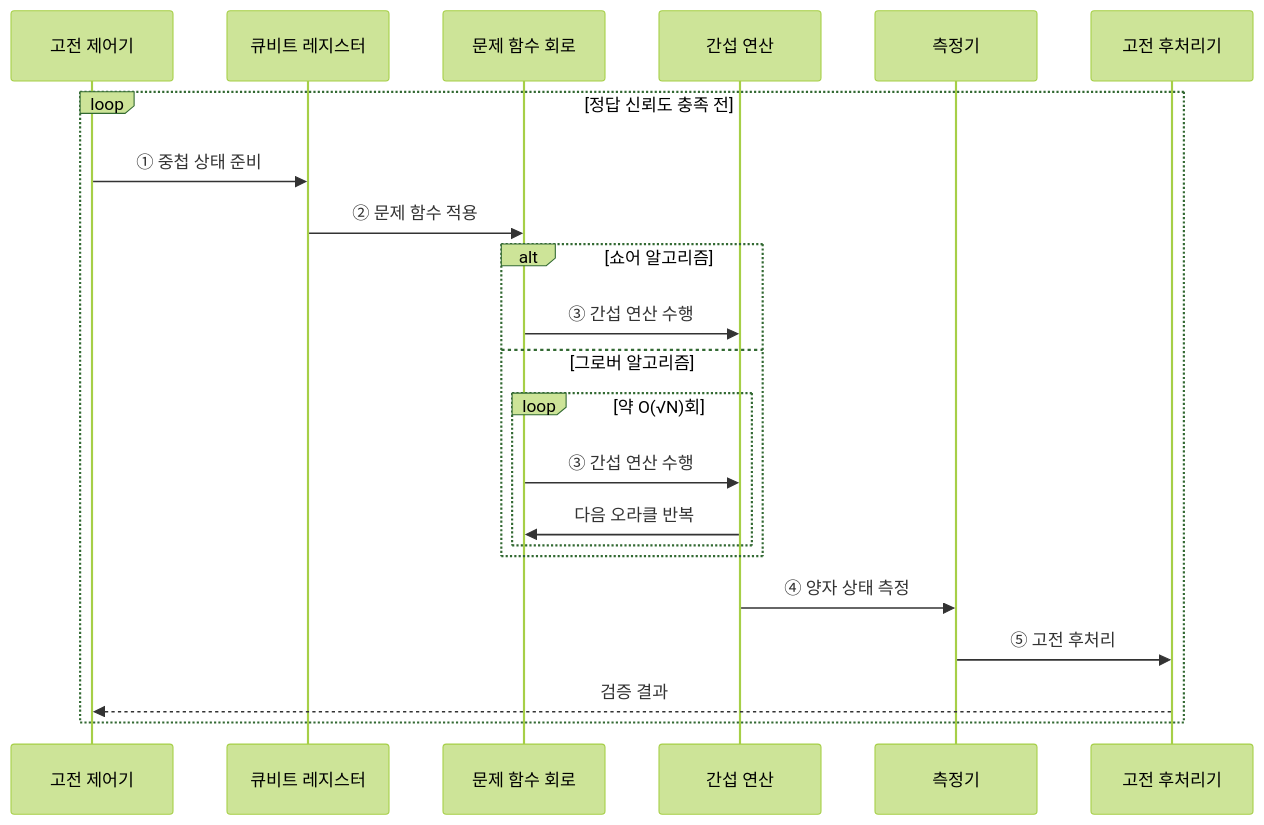
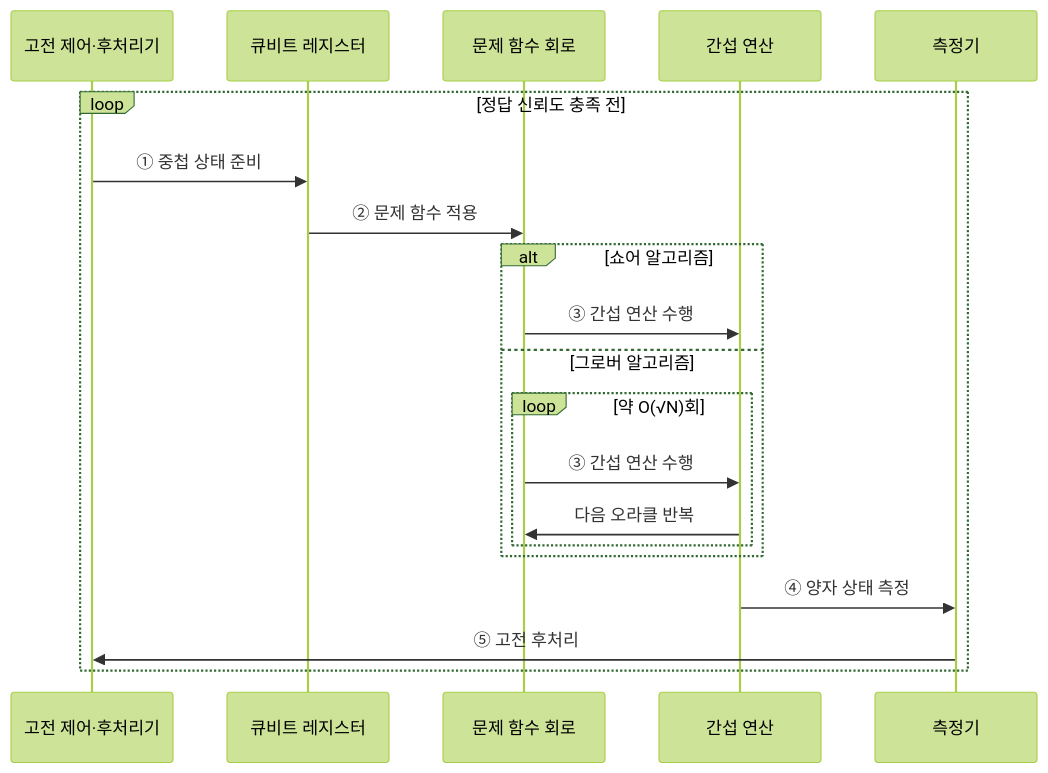
Before and after one commit to agnusdei1207/knowledge-base: the third of 3 diagrams in src/content/docs/notes/01-basic-theory/062_quantum_algo_shor_grover.md, drawn with Mermaid (forest theme). The commit also changed other lines of this file and 2 other files, not shown here.

````diff
--- a/src/content/docs/notes/01-basic-theory/062_quantum_algo_shor_grover.md
+++ b/src/content/docs/notes/01-basic-theory/062_quantum_algo_shor_grover.md
@@ -96,24 +98,22 @@
 ```mermaid
 sequenceDiagram
-    participant C as 고전 제어기
+    participant C as 고전 제어·후처리기
     participant R as 큐비트 레지스터
     participant F as 문제 함수 회로
     participant I as 간섭 연산
     participant M as 측정기
-    participant P as 고전 후처리기
     loop 정답 신뢰도 충족 전
         C->>R: ① 중첩 상태 준비
         R->>F: ② 문제 함수 적용
         alt 쇼어 알고리즘
             F->>I: ③ 간섭 연산 수행
         else 그로버 알고리즘
             loop 약 O(√N)회
                 F->>I: ③ 간섭 연산 수행
                 I->>F: 다음 오라클 반복
             end
         end
         I->>M: ④ 양자 상태 측정
-        M->>P: ⑤ 고전 후처리
-        P-->>C: 검증 결과
+        M->>C: ⑤ 고전 후처리
     end
 ```
````
